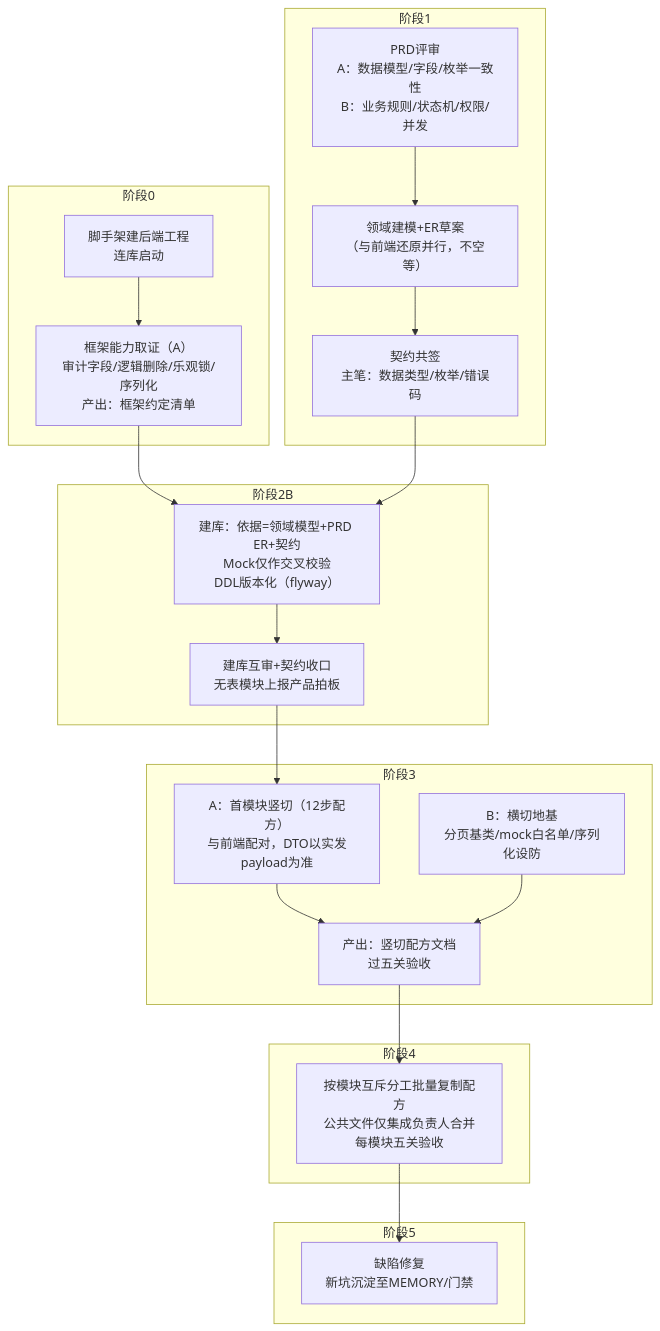
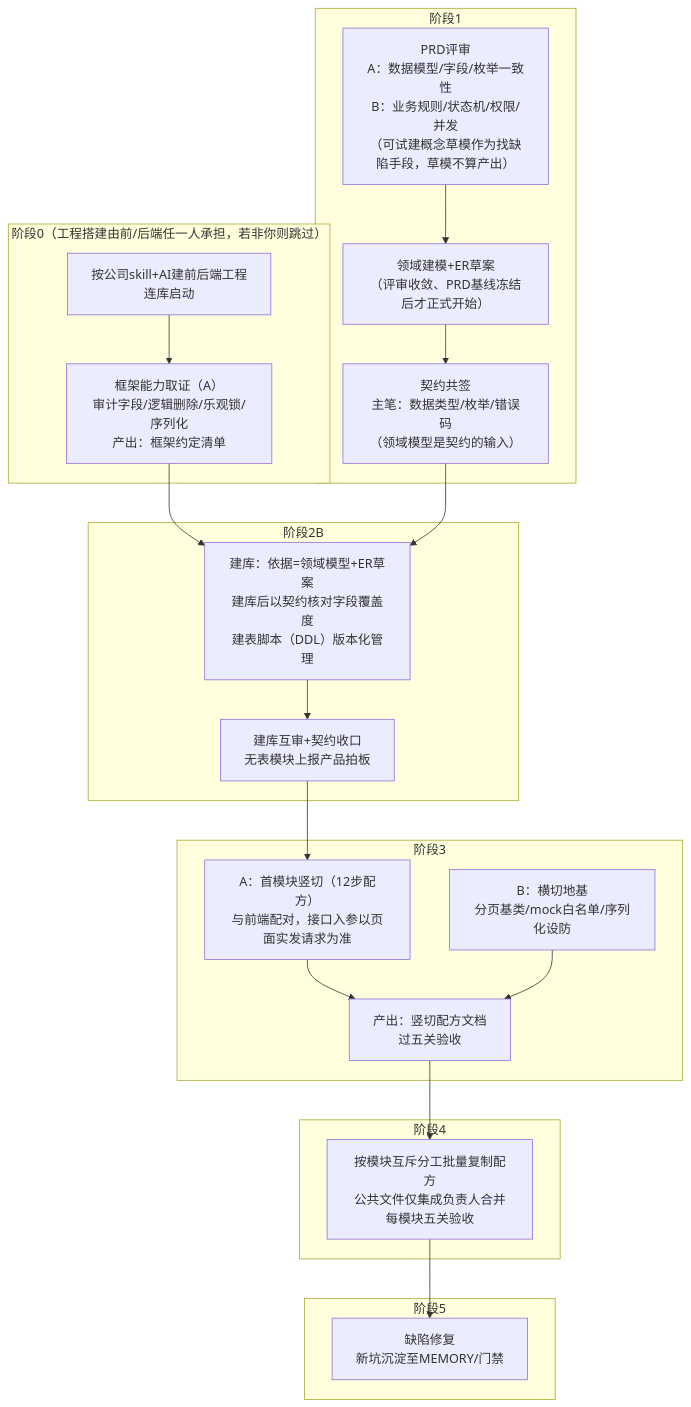
Before and after one commit to Woaini654321/efficiency-improvement: the fifth of 6 diagrams in 3.AI提效协同开发新模式：前后端分离项目全流程（流程图与说明）.md, drawn with Mermaid. The commit also changed other lines of this file, not shown here.

````diff
--- a/3.AI提效协同开发新模式：前后端分离项目全流程（流程图与说明）.md
+++ b/3.AI提效协同开发新模式：前后端分离项目全流程（流程图与说明）.md
@@ -202,29 +203,29 @@
 ```mermaid
 flowchart TD
-    subgraph B0["阶段0"]
-        Q1["脚手架建后端工程<br/>连库启动"] --> Q2["框架能力取证（A）<br/>审计字段/逻辑删除/乐观锁/序列化<br/>产出：框架约定清单"]
+    subgraph B0["阶段0（工程搭建由前/后端任一人承担，若非你则跳过）"]
+        Q1["按公司skill+AI建前后端工程<br/>连库启动"] --> Q2["框架能力取证（A）<br/>审计字段/逻辑删除/乐观锁/序列化<br/>产出：框架约定清单"]
     end
     subgraph BA["阶段1"]
-        Q3["PRD评审<br/>A：数据模型/字段/枚举一致性<br/>B：业务规则/状态机/权限/并发"] --> Q4["领域建模+ER草案<br/>（与前端还原并行，不空等）"]
-        Q4 --> Q5["契约共签<br/>主笔：数据类型/枚举/错误码"]
+        Q3["PRD评审<br/>A：数据模型/字段/枚举一致性<br/>B：业务规则/状态机/权限/并发<br/>（可试建概念草模作为找缺陷手段，草模不算产出）"] --> Q4["领域建模+ER草案<br/>（评审收敛、PRD基线冻结后才正式开始）"]
+        Q4 --> Q5["契约共签<br/>主笔：数据类型/枚举/错误码<br/>（领域模型是契约的输入）"]
     end
     subgraph BB["阶段2B"]
-        Q6["建库：依据=领域模型+PRD ER+契约<br/>Mock仅作交叉校验<br/>DDL版本化（flyway）"] --> Q7["建库互审+契约收口<br/>无表模块上报产品拍板"]
+        Q6["建库：依据=领域模型+ER草案<br/>建库后以契约核对字段覆盖度<br/>建表脚本（DDL）版本化管理"] --> Q7["建库互审+契约收口<br/>无表模块上报产品拍板"]
     end
     subgraph BC["阶段3"]
-        Q8["A：首模块竖切（12步配方）<br/>与前端配对，DTO以实发payload为准"]
+        Q8["A：首模块竖切（12步配方）<br/>与前端配对，接口入参以页面实发请求为准"]
         Q9["B：横切地基<br/>分页基类/mock白名单/序列化设防"]
         Q8 --> Q10["产出：竖切配方文档<br/>过五关验收"]
         Q9 --> Q10
     end
     subgraph BD["阶段4"]
         Q11["按模块互斥分工批量复制配方<br/>公共文件仅集成负责人合并<br/>每模块五关验收"]
     end
     subgraph BE["阶段5"]
         Q12["缺陷修复<br/>新坑沉淀至MEMORY/门禁"]
     end
     Q2 --> Q6
     Q5 --> Q6
     Q7 --> Q8
     Q10 --> Q11 --> Q12
 ```
````
